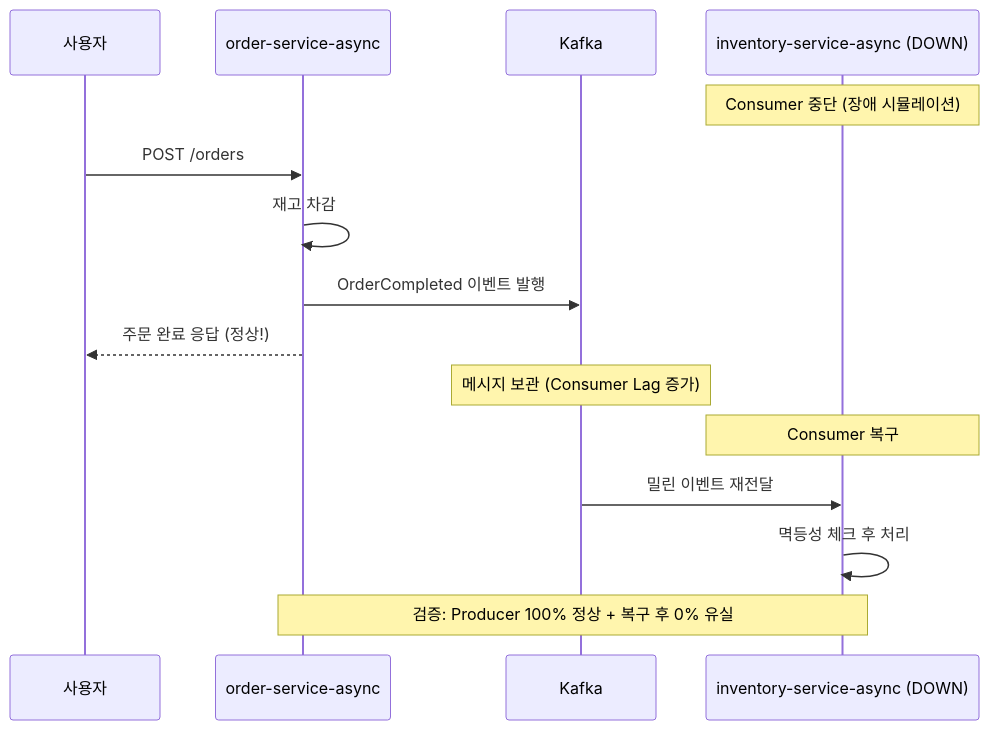
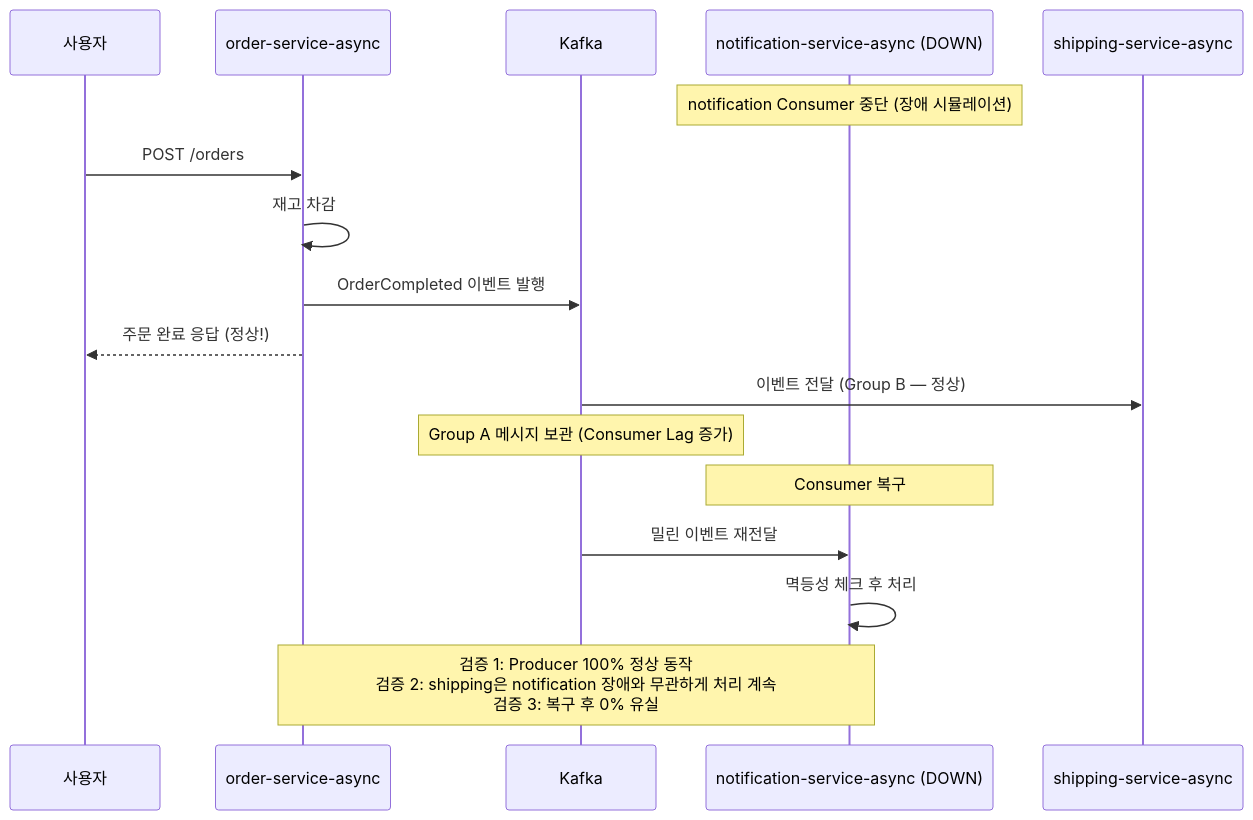
The fourth of 5 diagrams in docs/how-diagram.md (JuJin1324/eda-poc), drawn with Mermaid before and after one commit. The commit also changed other lines of this file, not shown here.

First line of the commit message:
refactor: redesign async flow as fan-out pattern

````diff
--- a/docs/how-diagram.md
+++ b/docs/how-diagram.md
@@ -110,23 +113,25 @@
 ```mermaid
 sequenceDiagram
     participant User as 사용자
     participant OA as order-service-async
     participant K as Kafka
-    participant IA as inventory-service-async (DOWN)
+    participant NS as notification-service-async (DOWN)
+    participant SS as shipping-service-async
 
-    Note over IA: Consumer 중단 (장애 시뮬레이션)
+    Note over NS: notification Consumer 중단 (장애 시뮬레이션)
 
     User->>OA: POST /orders
     OA->>OA: 재고 차감
     OA->>K: OrderCompleted 이벤트 발행
     OA-->>User: 주문 완료 응답 (정상!)
 
-    Note over K: 메시지 보관 (Consumer Lag 증가)
+    K->>SS: 이벤트 전달 (Group B — 정상)
+    Note over K: Group A 메시지 보관 (Consumer Lag 증가)
 
-    Note over IA: Consumer 복구
+    Note over NS: Consumer 복구
 
-    K->>IA: 밀린 이벤트 재전달
-    IA->>IA: 멱등성 체크 후 처리
+    K->>NS: 밀린 이벤트 재전달
+    NS->>NS: 멱등성 체크 후 처리
 
-    Note over OA,IA: 검증: Producer 100% 정상 + 복구 후 0% 유실
+    Note over OA,NS: 검증 1: Producer 100% 정상 동작<br/>검증 2: shipping은 notification 장애와 무관하게 처리 계속<br/>검증 3: 복구 후 0% 유실
 ```
````
